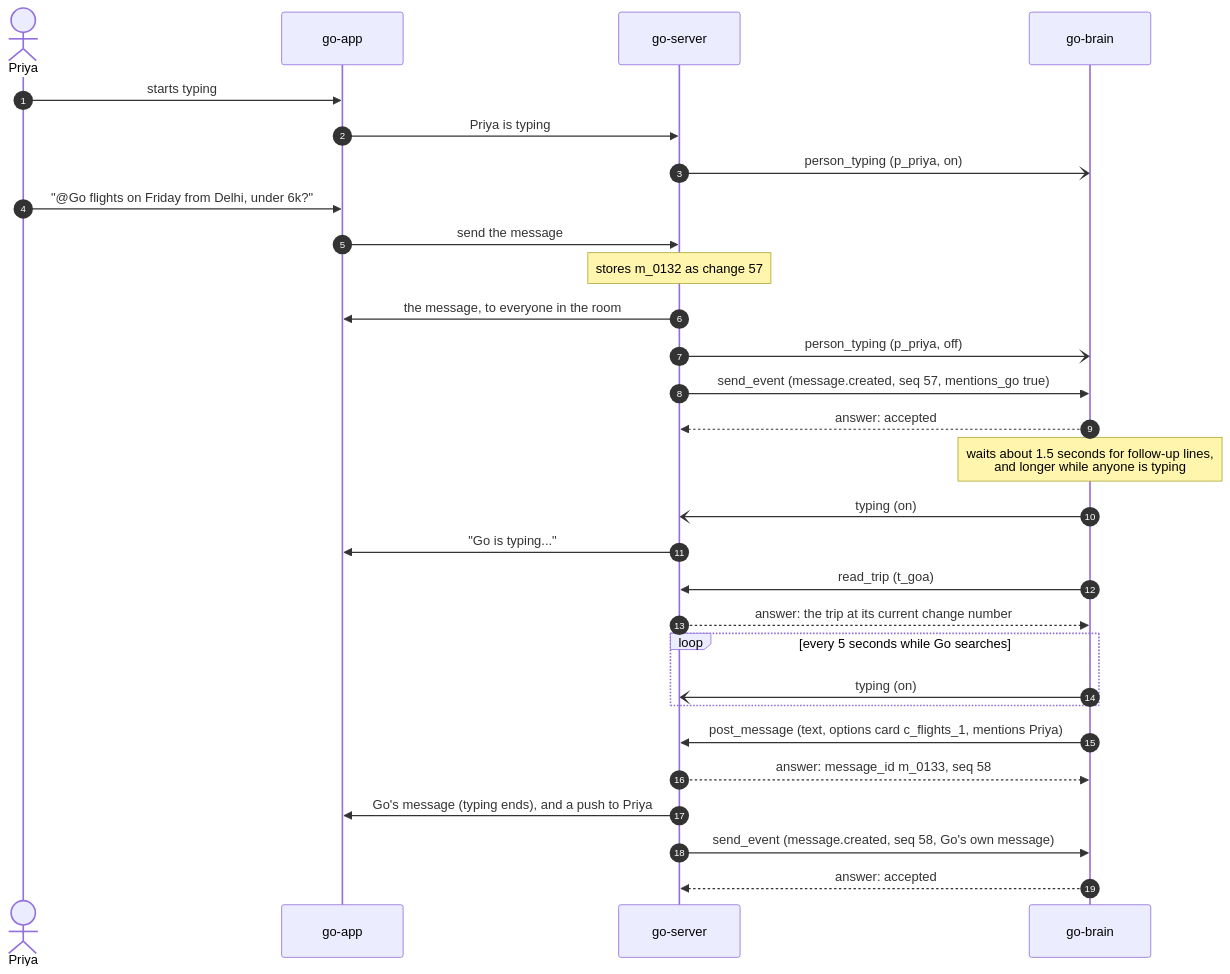
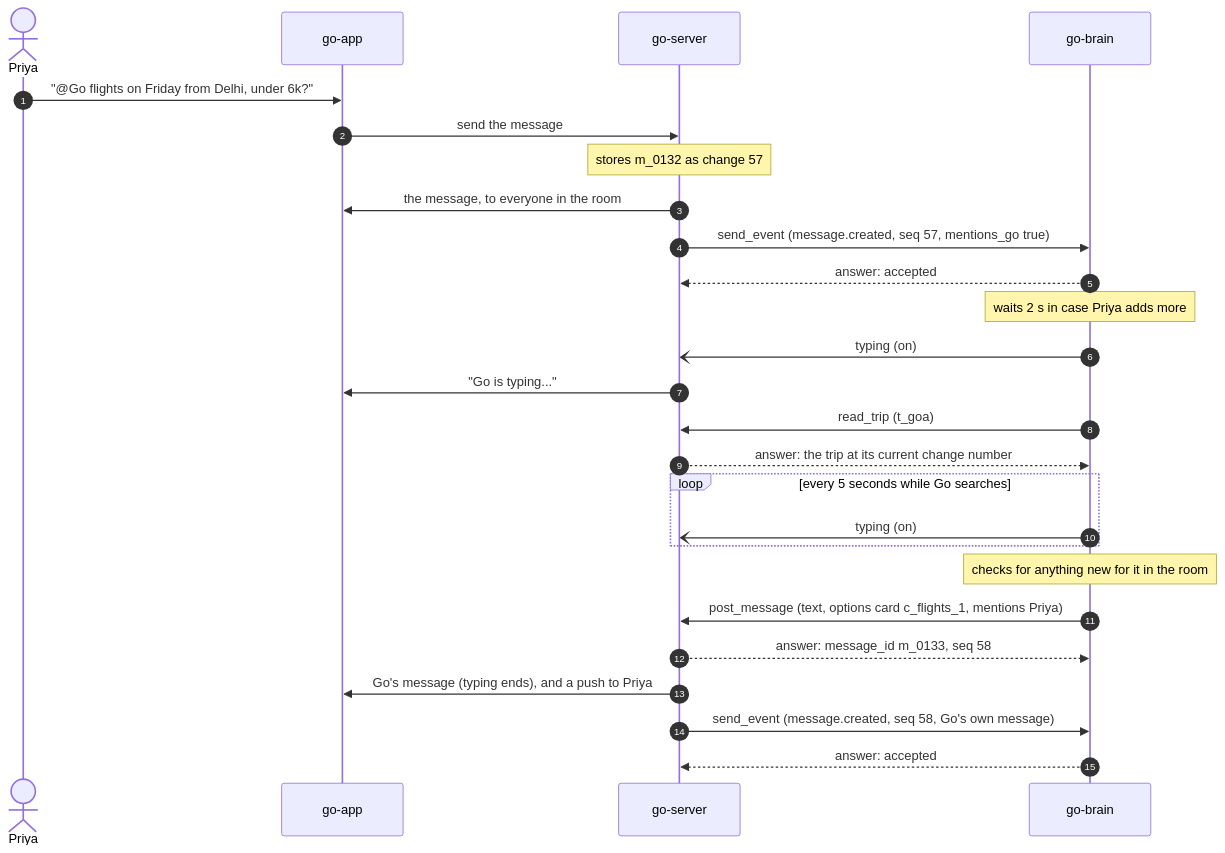
Before and after one commit to vestra-ai/go-brain: the first of 8 diagrams in docs/guide/09-flows.md, drawn with Mermaid. The commit also changed other lines of this file and 15 other files, not shown here.

First line of the commit message:
feat(contract): drop person_typing; Go waits a moment on its own

````diff
--- a/docs/guide/09-flows.md
+++ b/docs/guide/09-flows.md
@@ -15,31 +15,28 @@
 ```mermaid
 sequenceDiagram
   autonumber
   actor Priya
   participant app as go-app
   participant server as go-server
   participant brain as go-brain
-  Priya->>app: starts typing
-  app->>server: Priya is typing
-  server-)brain: person_typing (p_priya, on)
   Priya->>app: "@Go flights on Friday from Delhi, under 6k?"
   app->>server: send the message
   Note over server: stores m_0132 as change 57
   server->>app: the message, to everyone in the room
-  server-)brain: person_typing (p_priya, off)
   server->>brain: send_event (message.created, seq 57, mentions_go true)
   brain-->>server: answer: accepted
-  Note over brain: waits about 1.5 seconds for follow-up lines,<br/>and longer while anyone is typing
+  Note over brain: waits 2 s in case Priya adds more
   brain-)server: typing (on)
   server->>app: "Go is typing..."
   brain->>server: read_trip (t_goa)
   server-->>brain: answer: the trip at its current change number
   loop every 5 seconds while Go searches
     brain-)server: typing (on)
   end
+  Note over brain: checks for anything new for it in the room
   brain->>server: post_message (text, options card c_flights_1, mentions Priya)
   server-->>brain: answer: message_id m_0133, seq 58
   server->>app: Go's message (typing ends), and a push to Priya
   server->>brain: send_event (message.created, seq 58, Go's own message)
   brain-->>server: answer: accepted
 ```
````
